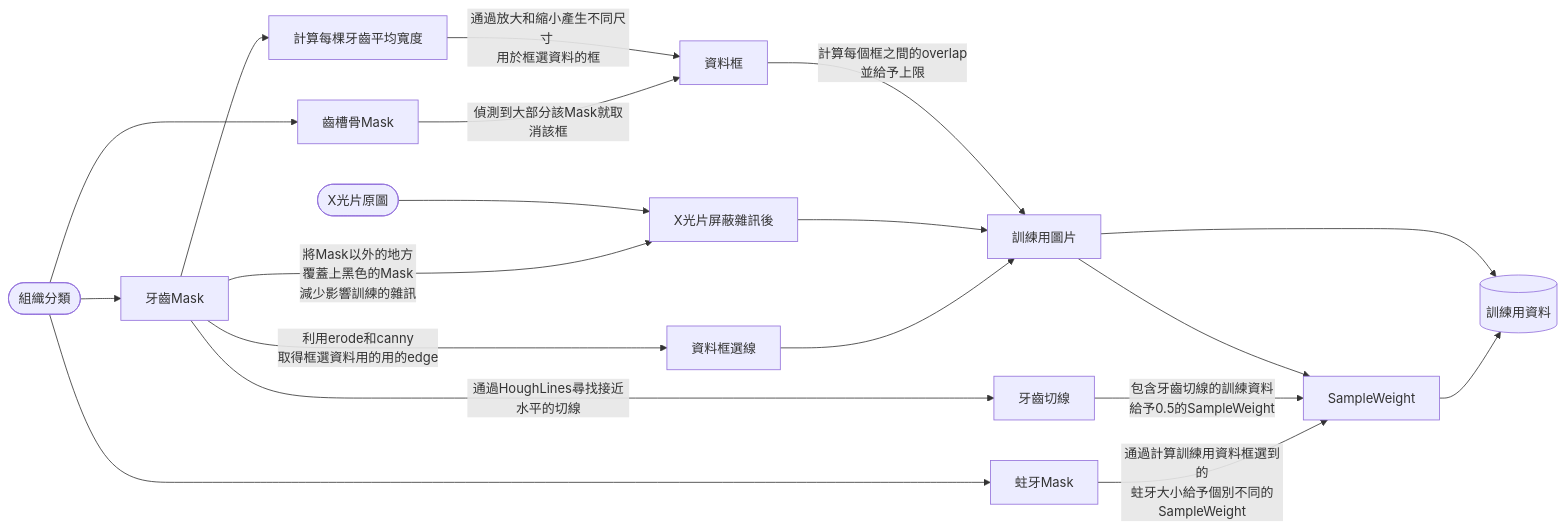
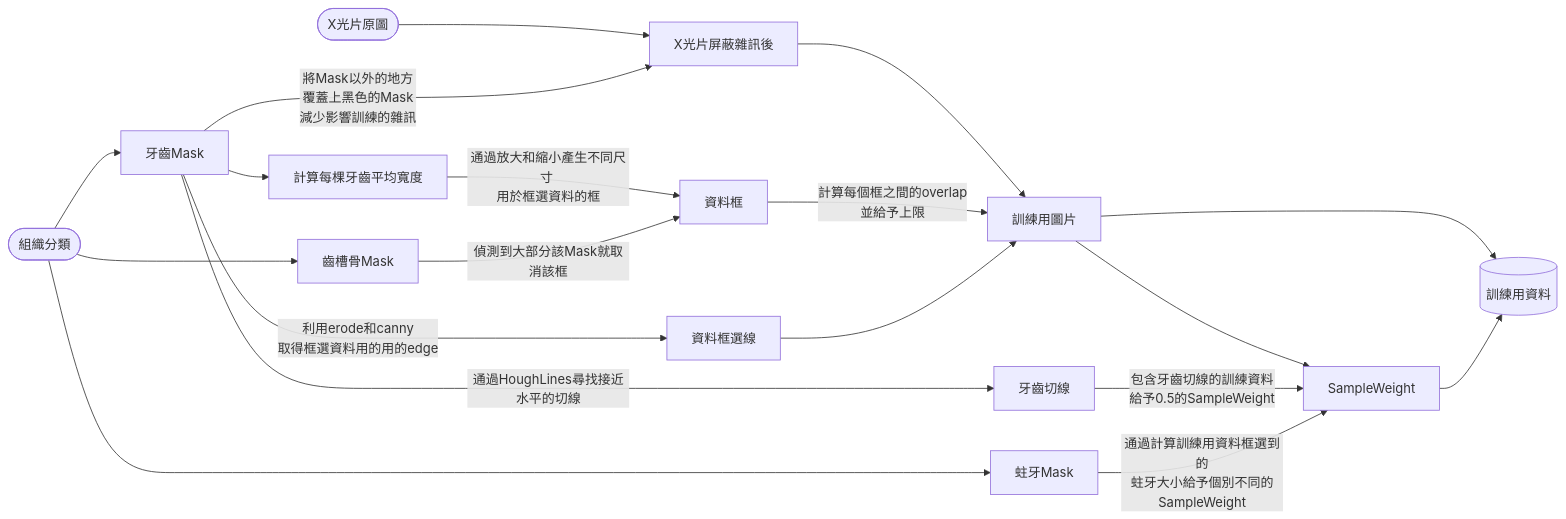
The diagram in Edge Frame Detection/README.md (JasonYeongg/CariesDetection), drawn with Mermaid before and after one commit.

````diff
--- a/Edge Frame Detection/README.md
+++ b/Edge Frame Detection/README.md
@@ -63,21 +63,21 @@
 ```mermaid
 flowchart LR
 A([X光片原圖]) --> F[X光片屏蔽雜訊後]
 B([組織分類]) --> C[牙齒Mask]
 B --> D[蛀牙Mask]
 B --> E[齒槽骨Mask]
 C --> G[計算每棵牙齒平均寬度]
 C -->|將Mask以外的地方 \n覆蓋上黑色的Mask \n減少影響訓練的雜訊| F
 C -->|利用erode和canny \n取得框選資料用的用的edge| H[資料框選線]
 G -->|通過放大和縮小產生不同尺寸 \n用於框選資料的框| I[資料框]
 E -->|偵測到大部分該Mask就取消該框| I
-I -->|計算每個框之間的overlap\n並給予上限| J[訓練用圖片]
-F --> J
+F --> J[訓練用圖片]
+I -->|計算每個框之間的overlap\n並給予上限| J
 H --> J
 C -->|通過HoughLines尋找接近水平的切線| K[牙齒切線]
 J --> L[SampleWeight]
 K -->|包含牙齒切線的訓練資料\n給予0.5的SampleWeight| L
 D -->|通過計算訓練用資料框選到的\n蛀牙大小給予個別不同的SampleWeight| L
 J --> M[(訓練用資料)]
 L --> M
 ```
````
